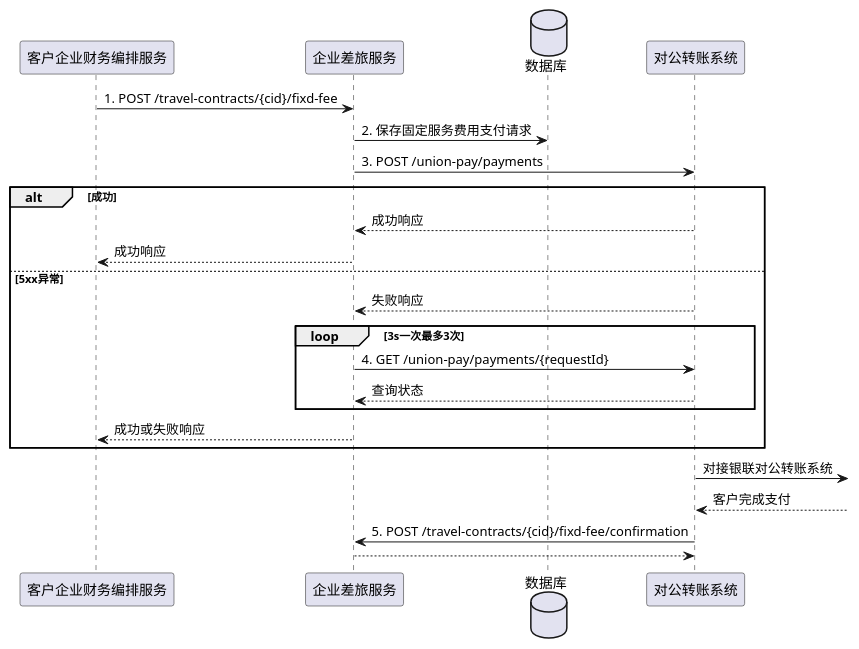
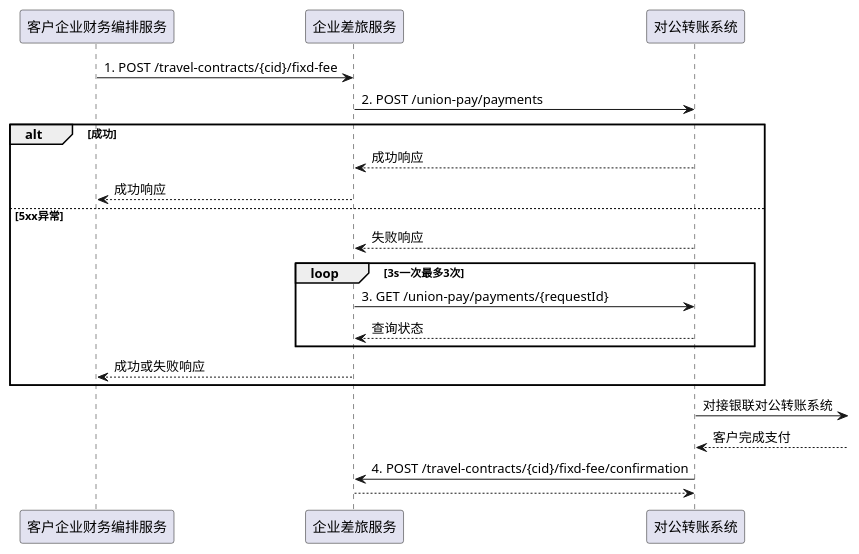
Before and after one commit to deesyx/heima: the diagram in images/CPafter.wsd, drawn with PlantUML. The commit also changed 15 other files, not shown here.

Commit message:
story1-ac1-example1-process2: return requestId and initiate payment when cid is valid

```diff
--- a/images/CPafter.wsd
+++ b/images/CPafter.wsd
@@ -1,27 +1,25 @@
 @startuml
 
 participant 客户企业财务编排服务 as f
 participant 企业差旅服务 as t
-database 数据库 as db
 participant 对公转账系统 as u
 
 f -> t: 1. POST /travel-contracts/{cid}/fixd-fee
-t -> db: 2. 保存固定服务费用支付请求
-t -> u: 3. POST /union-pay/payments
+t -> u: 2. POST /union-pay/payments
 alt 成功
     u --> t: 成功响应
     t --> f: 成功响应
 else 5xx异常
     u --> t: 失败响应
     loop 3s一次最多3次
-        t -> u: 4. GET /union-pay/payments/{requestId}
+        t -> u: 3. GET /union-pay/payments/{requestId}
         u --> t: 查询状态
     end
     t --> f: 成功或失败响应
 end
 u -> : 对接银联对公转账系统
 u <-- : 客户完成支付
-u -> t: 5. POST /travel-contracts/{cid}/fixd-fee/confirmation
+u -> t: 4. POST /travel-contracts/{cid}/fixd-fee/confirmation
 t --> u
 
 @enduml
```
